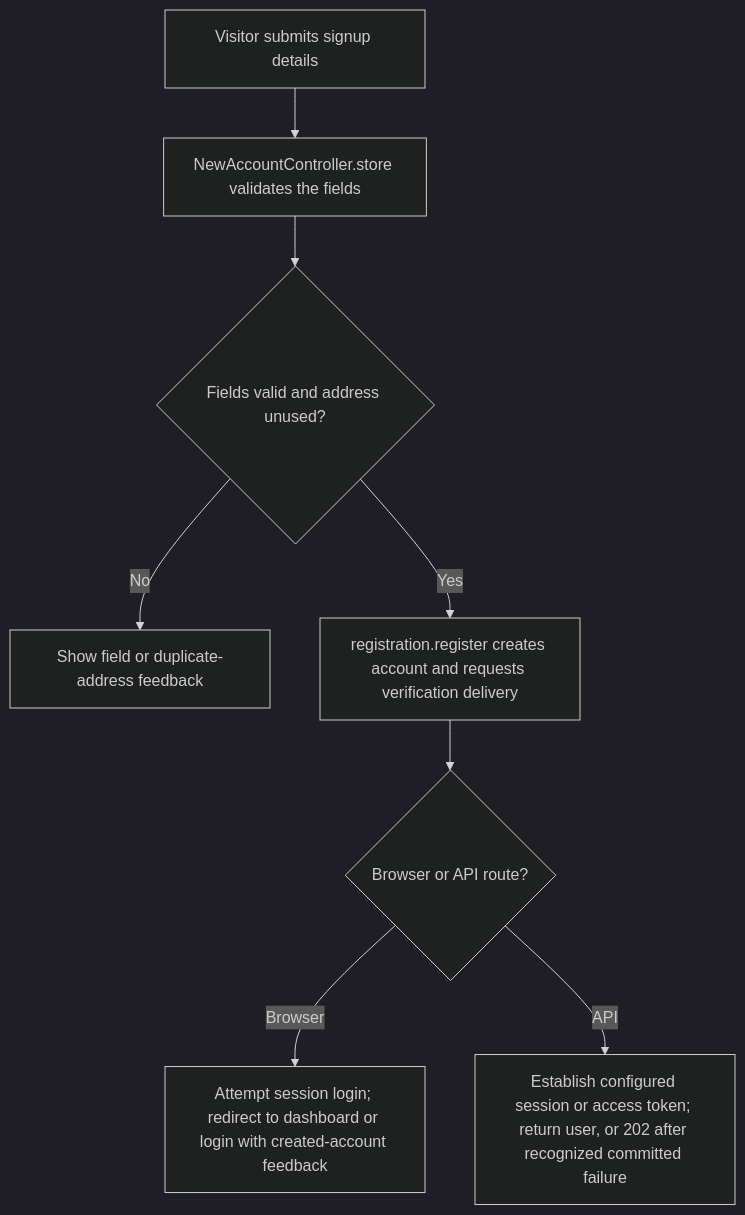
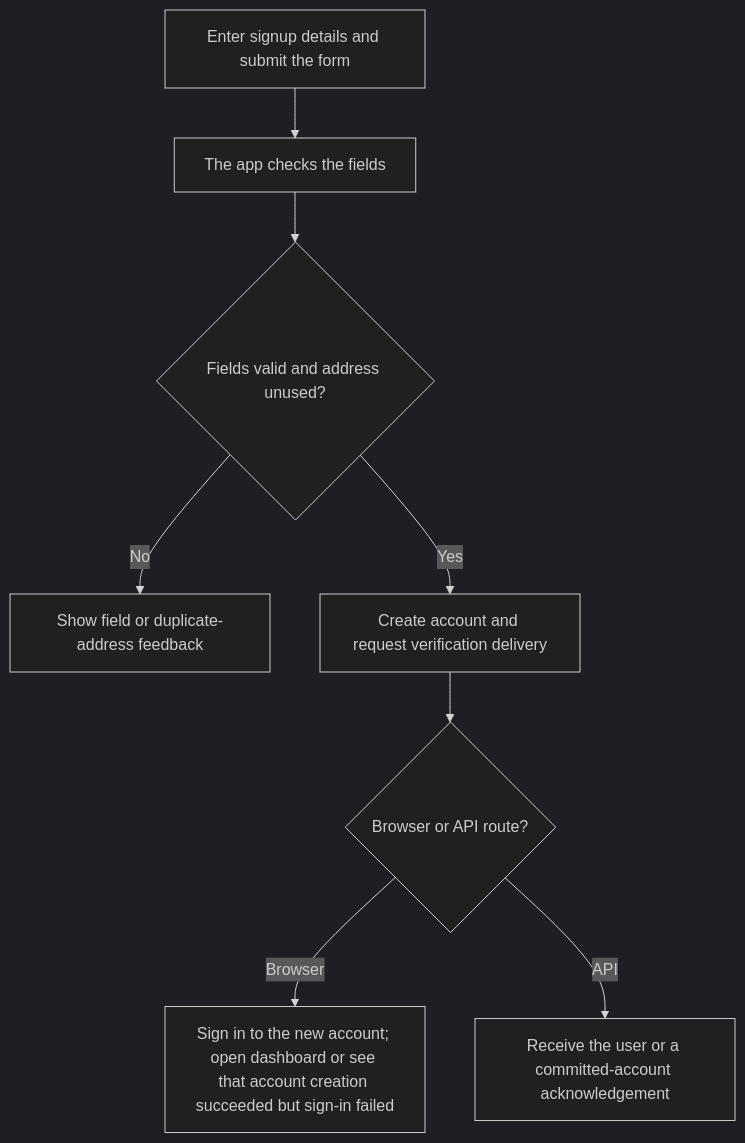
One commit to Kevinjohn/oss-adonisjs-starter-examples changed the first of 2 diagrams in user-stories/accounts/us-account-01-register.md. Above: the diagram before and after it, drawn with Mermaid (dark theme). The commit also changed other lines of this file and 29 other files, not shown here.

````diff
--- a/user-stories/accounts/us-account-01-register.md
+++ b/user-stories/accounts/us-account-01-register.md
@@ -28,10 +28,10 @@
 ```mermaid
 flowchart TD
-    A["Visitor submits signup details"] --> B["NewAccountController.store validates the fields"]
+    A["Enter signup details and submit the form"] --> B["The app checks the fields"]
     B --> C{"Fields valid and address unused?"}
     C -->|No| D["Show field or duplicate-address feedback"]
-    C -->|Yes| E["registration.register creates account and requests verification delivery"]
+    C -->|Yes| E["Create account and request verification delivery"]
     E --> F{"Browser or API route?"}
-    F -->|Browser| G["Attempt session login; redirect to dashboard or login with created-account feedback"]
-    F -->|API| H["Establish configured session or access token; return user, or 202 after recognized committed failure"]
+    F -->|Browser| G["Sign in to the new account; open dashboard or see that account creation succeeded but sign-in failed"]
+    F -->|API| H["Receive the user or a committed-account acknowledgement"]
 ```
````
